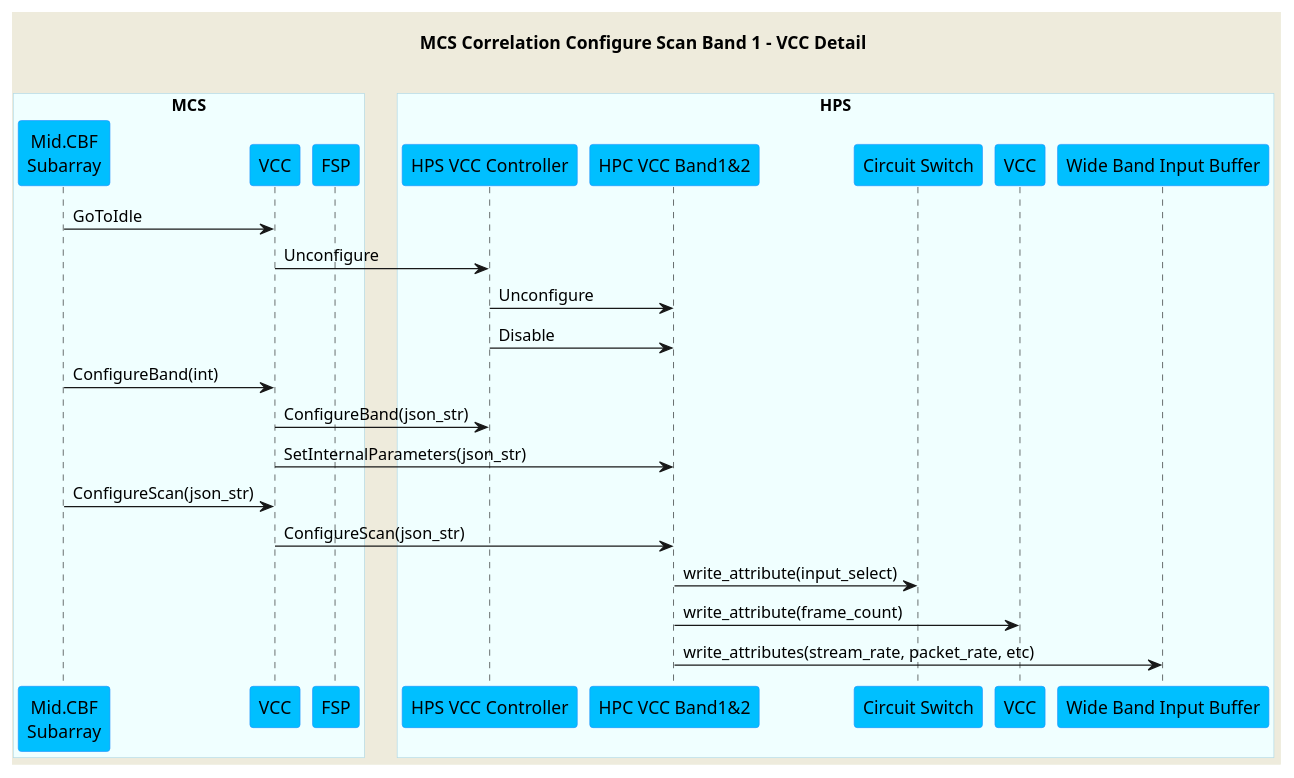
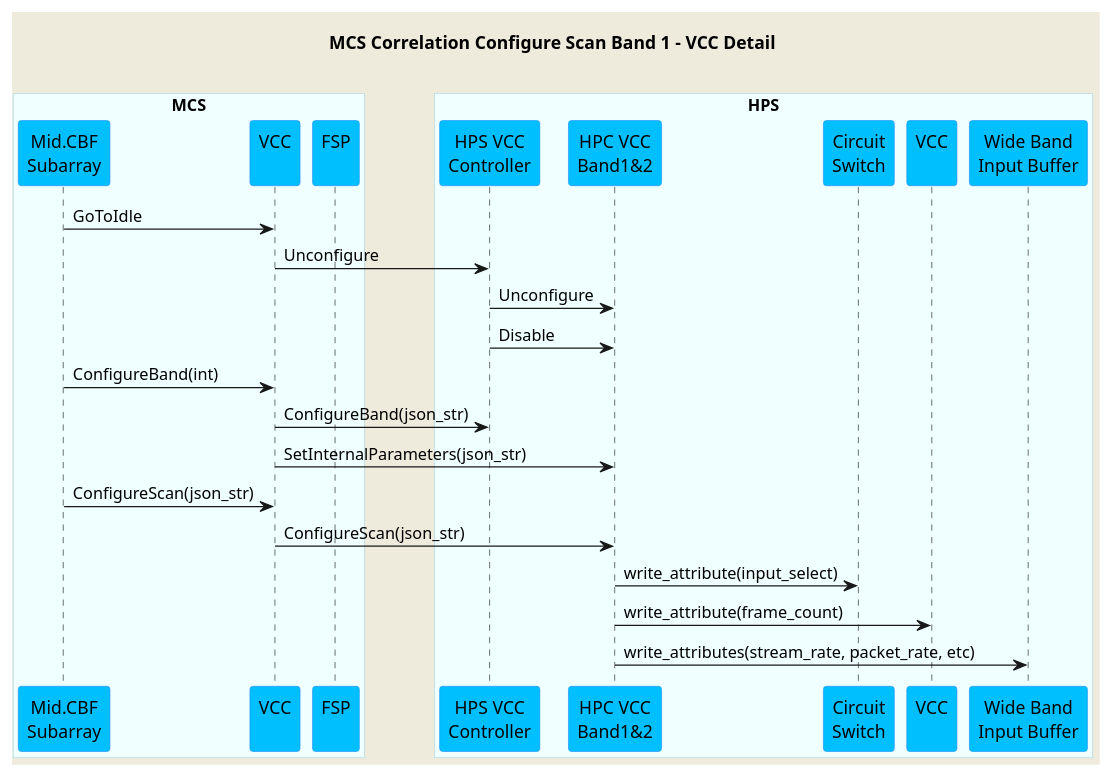
One commit to ska-telescope/mid-cbf-mcs changed the diagram in docs/src/diagrams/configure-scan-vcc.puml. Above: the diagram before and after it, drawn with PlantUML. The commit also changed 7 other files, not shown here.

Commit message:
CIP-1612 Improve clarity of sequence diagrams

```diff
--- a/docs/src/diagrams/configure-scan-vcc.puml
+++ b/docs/src/diagrams/configure-scan-vcc.puml
@@ -1,45 +1,45 @@
 @startuml
 'https://plantuml.com/sequence-diagram
 
 skinparam backgroundColor #EEEBDC
 skinparam sequence {
 ParticipantBorderColor DodgerBlue
 ParticipantBackgroundColor DeepSkyBlue
 ActorBorderColor DarkGreen
 ActorBackgroundColor Green
 BoxBorderColor LightBlue
 BoxBackgroundColor #F0FFFF
 }
 
 title MCS Correlation Configure Scan Band 1 - VCC Detail\n
 
 box "MCS"
 participant "Mid.CBF\nSubarray" as subarray
-participant "VCC" as vcc
-participant "FSP" as fsp
+participant "VCC\n" as vcc
+participant "FSP\n" as fsp
 end box
 
 box "HPS"
-participant "HPS VCC Controller" as hpsvcc
-participant "HPC VCC Band1&2" as vccband1
-participant "Circuit Switch" as cs
-participant "VCC" as vccdevice
-participant "Wide Band Input Buffer" as wb
+participant "HPS VCC\nController" as hpsvcc
+participant "HPC VCC\nBand1&2" as vccband1
+participant "Circuit\nSwitch" as cs
+participant "VCC\n" as vccdevice
+participant "Wide Band\nInput Buffer" as wb
 end box
 
 
 subarray    -> vcc          : GoToIdle
 vcc         -> hpsvcc       : Unconfigure
 hpsvcc      -> vccband1     : Unconfigure
 hpsvcc      -> vccband1     : Disable
 subarray    -> vcc          : ConfigureBand(int)
 vcc         -> hpsvcc       : ConfigureBand(json_str)
 vcc         -> vccband1     : SetInternalParameters(json_str)
 subarray    -> vcc          : ConfigureScan(json_str)
 vcc         -> vccband1     : ConfigureScan(json_str)
 vccband1    -> cs           : write_attribute(input_select)
 vccband1    -> vccdevice    : write_attribute(frame_count)
 vccband1    -> wb           : write_attributes(stream_rate, packet_rate, etc)
 
 
 @enduml
```
